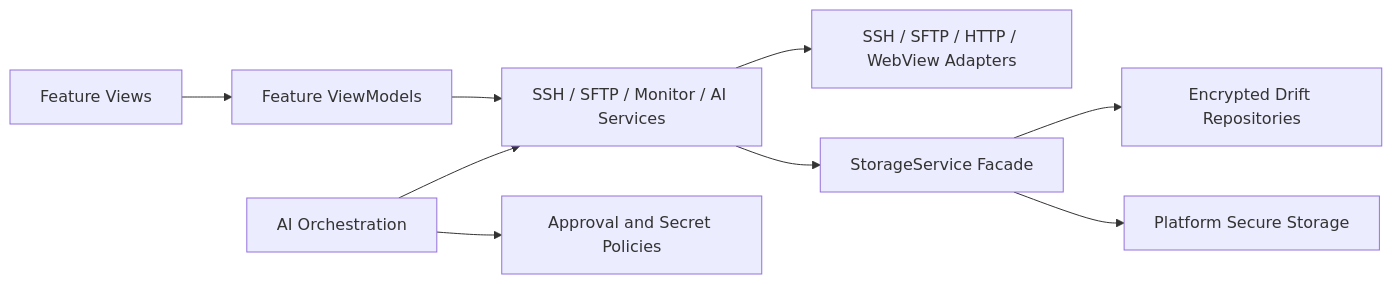
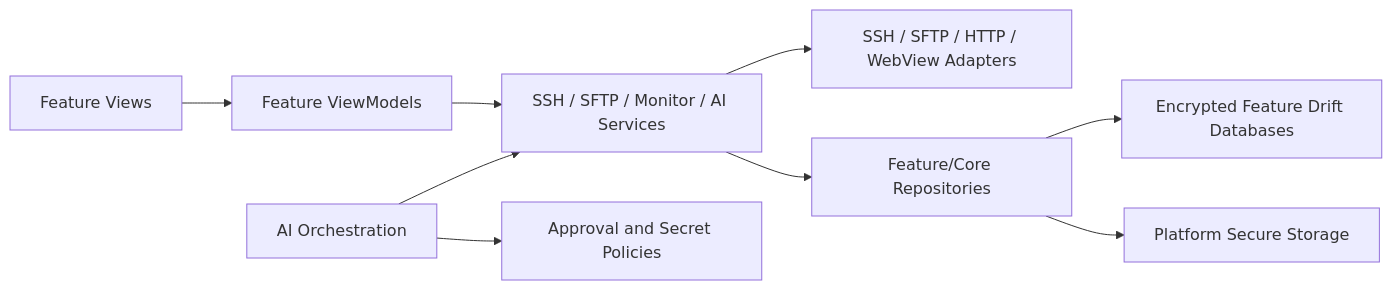
Before and after one commit to 2949282402/ssh_mobile: the diagram in AGENTS.md, drawn with Mermaid. The commit also changed other lines of this file and 167 other files, not shown here.

Commit message:
refactor(storage): step 22 remove unified storage service

````diff
--- a/AGENTS.md
+++ b/AGENTS.md
@@ -56,11 +56,11 @@
 ```mermaid
 flowchart LR
   Views[Feature Views] --> ViewModels[Feature ViewModels]
   ViewModels --> Services[SSH / SFTP / Monitor / AI Services]
   Services --> Protocols[SSH / SFTP / HTTP / WebView Adapters]
-  Services --> Storage[StorageService Facade]
-  Storage --> Drift[Encrypted Drift Repositories]
-  Storage --> Secure[Platform Secure Storage]
+  Services --> Repositories[Feature/Core Repositories]
+  Repositories --> Drift[Encrypted Feature Drift Databases]
+  Repositories --> Secure[Platform Secure Storage]
   AI[AI Orchestration] --> Services
   AI --> Safety[Approval and Secret Policies]
 ```
````
